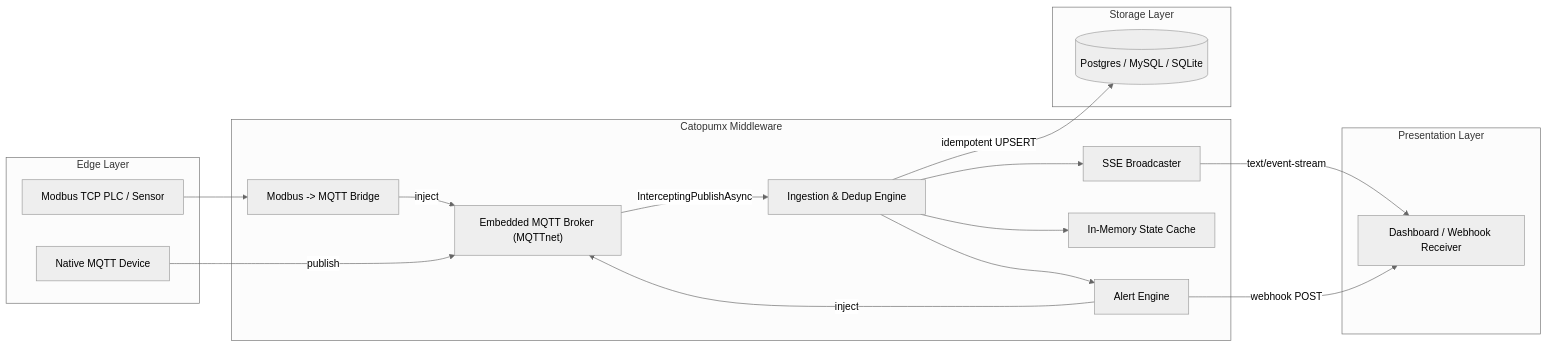
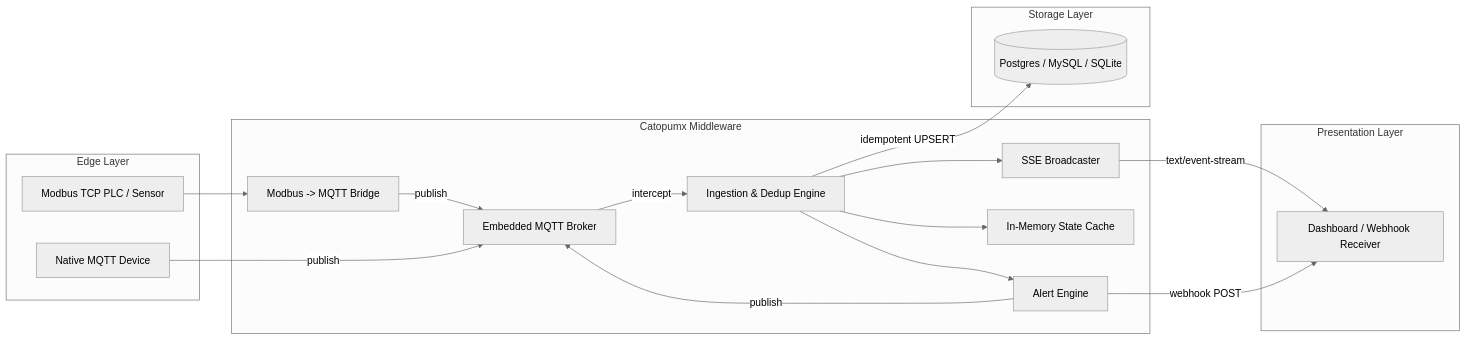
The diagram in README.md (dhimasarista/Catopumx), drawn with Mermaid (neutral theme) before and after one commit. The commit also changed other lines of this file and 15 other files, not shown here.

````diff
--- a/README.md
+++ b/README.md
@@ -15,37 +21,37 @@
 ```mermaid
 flowchart LR
     subgraph Edge ["Edge Layer"]
         MqttDevice["Native MQTT Device"]
         Plc["Modbus TCP PLC / Sensor"]
     end
 
     subgraph Catopumx ["Catopumx Middleware"]
         Bridge["Modbus -> MQTT Bridge"]
-        Broker["Embedded MQTT Broker (MQTTnet)"]
+        Broker["Embedded MQTT Broker"]
         Engine["Ingestion & Dedup Engine"]
         Alerts["Alert Engine"]
         Cache["In-Memory State Cache"]
         SSE["SSE Broadcaster"]
 
         Plc --> Bridge
-        Bridge -- "inject" --> Broker
+        Bridge -- "publish" --> Broker
         MqttDevice -- "publish" --> Broker
-        Broker -- "InterceptingPublishAsync" --> Engine
+        Broker -- "intercept" --> Engine
         Engine --> Cache
         Engine --> Alerts
         Engine --> SSE
-        Alerts -- "inject" --> Broker
+        Alerts -- "publish" --> Broker
     end
 
     subgraph Storage ["Storage Layer"]
         DB[("Postgres / MySQL / SQLite")]
     end
 
     subgraph Frontend ["Presentation Layer"]
         ClientApp["Dashboard / Webhook Receiver"]
     end
 
     Engine -- "idempotent UPSERT" --> DB
     SSE -- "text/event-stream" --> ClientApp
     Alerts -- "webhook POST" --> ClientApp
 ```
````
